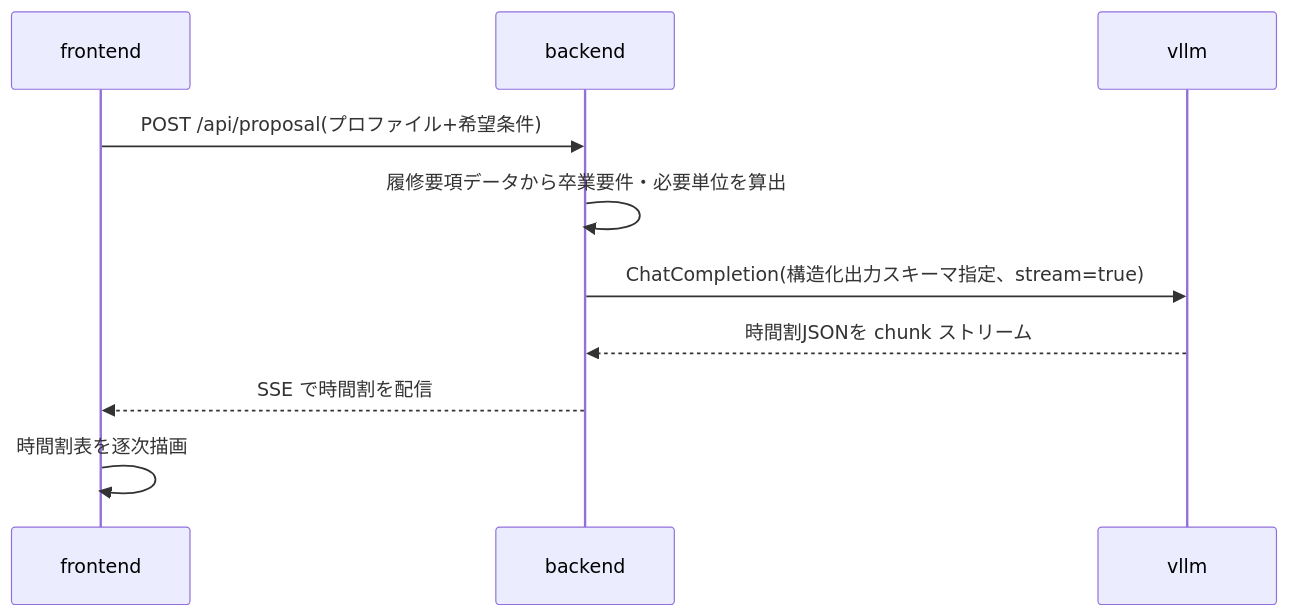
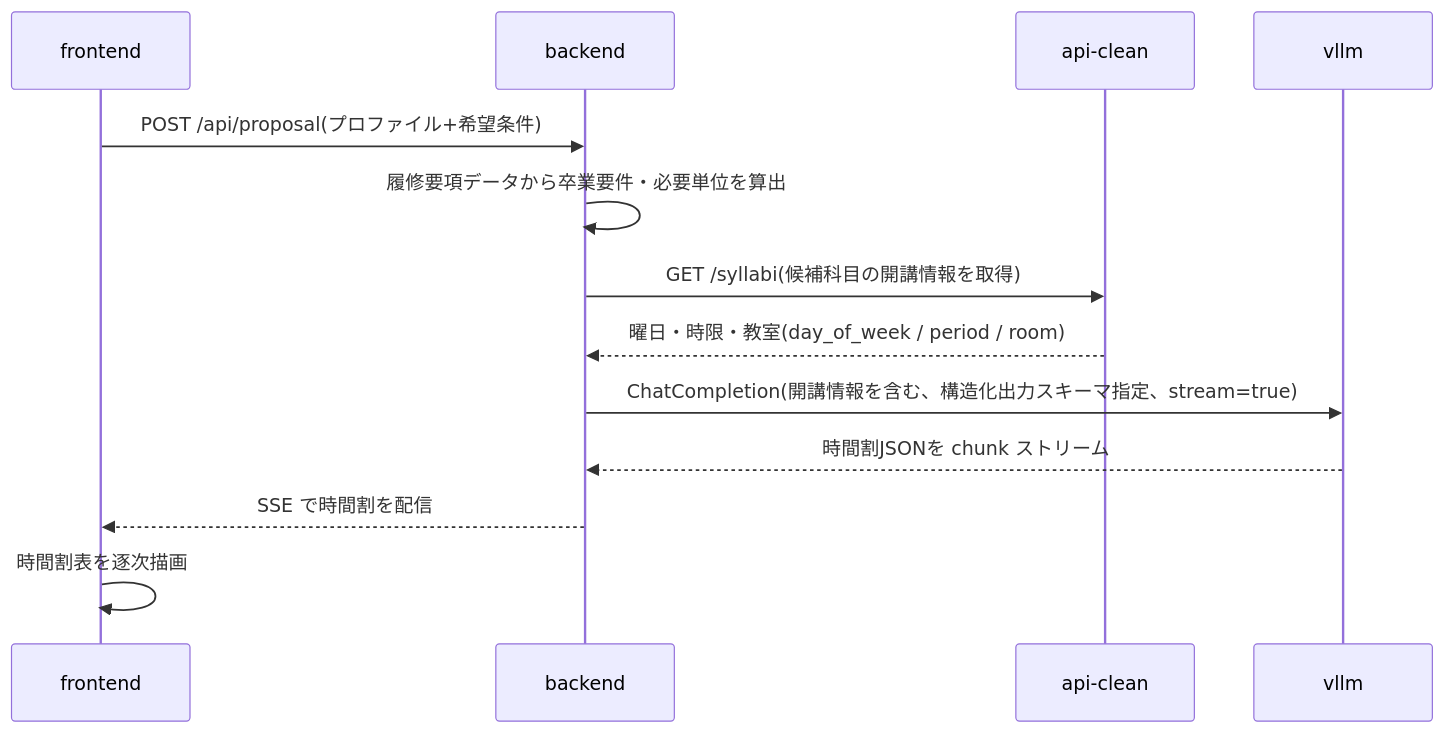
The third of 5 diagrams in docs/design.md (ProjectResearch2026/Syllabel), drawn with Mermaid before and after one commit. The commit also changed other lines of this file and 1 other file, not shown here.

````diff
--- a/docs/design.md
+++ b/docs/design.md
@@ -463,12 +495,15 @@
 ```mermaid
 sequenceDiagram
   participant FE as frontend
   participant BE as backend
+  participant API as api-clean
   participant LLM as vllm
   FE->>BE: POST /api/proposal(プロファイル+希望条件)
   BE->>BE: 履修要項データから卒業要件・必要単位を算出
-  BE->>LLM: ChatCompletion(構造化出力スキーマ指定、stream=true)
+  BE->>API: GET /syllabi(候補科目の開講情報を取得)
+  API-->>BE: 曜日・時限・教室(day_of_week / period / room)
+  BE->>LLM: ChatCompletion(開講情報を含む、構造化出力スキーマ指定、stream=true)
   LLM-->>BE: 時間割JSONを chunk ストリーム
   BE-->>FE: SSE で時間割を配信
   FE->>FE: 時間割表を逐次描画
 ```
````
